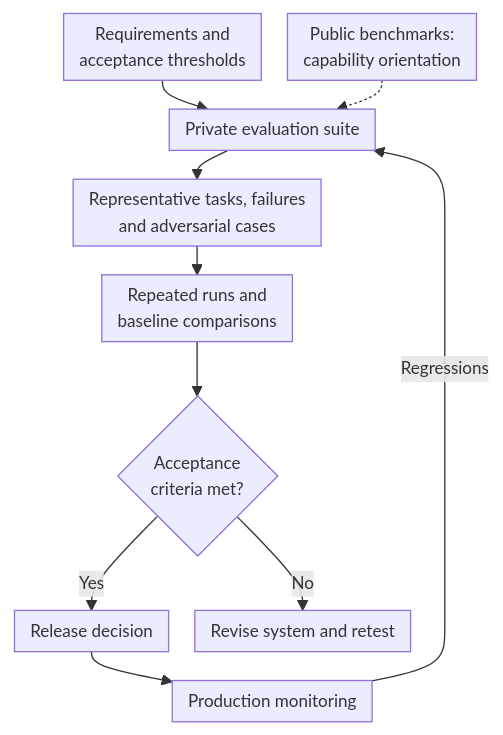
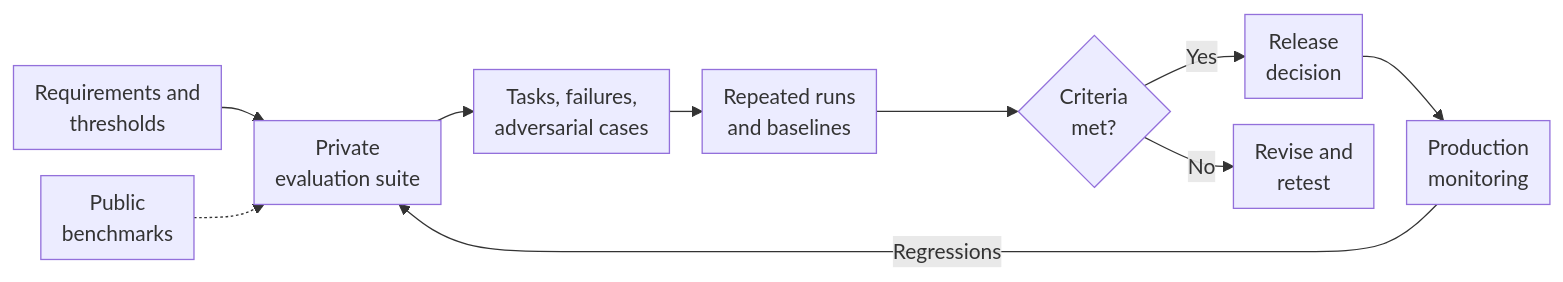
Before and after one commit to raoulbia-ai/agentic-ai-engineering-framework: the diagram in skill/references/04-evaluate.md, drawn with Mermaid. The commit also changed 4 other files, not shown here.

Commit message:
Compact flowcharts: left-to-right layout, short labels, tighter spacing

````diff
--- a/skill/references/04-evaluate.md
+++ b/skill/references/04-evaluate.md
@@ -24,13 +24,13 @@
 ```mermaid
-%%{init: {"flowchart": {"nodeSpacing": 20, "rankSpacing": 22, "padding": 6, "wrappingWidth": 260}, "themeVariables": {"fontSize": "13px"}}}%%
-flowchart TD
-    A[Requirements and<br/>acceptance thresholds] --> B[Private evaluation suite]
-    C[Public benchmarks:<br/>capability orientation] -.-> B
-    B --> D[Representative tasks, failures<br/>and adversarial cases]
-    D --> E[Repeated runs and<br/>baseline comparisons]
-    E --> F{Acceptance<br/>criteria met?}
-    F -->|Yes| G[Release decision]
-    F -->|No| H[Revise system and retest]
-    G --> I[Production monitoring]
+%%{init: {"flowchart": {"nodeSpacing": 20, "rankSpacing": 25, "padding": 8}}}%%
+flowchart LR
+    A[Requirements and<br/>thresholds] --> B[Private<br/>evaluation suite]
+    C[Public<br/>benchmarks] -.-> B
+    B --> D[Tasks, failures,<br/>adversarial cases]
+    D --> E[Repeated runs<br/>and baselines]
+    E --> F{Criteria<br/>met?}
+    F -->|Yes| G[Release<br/>decision]
+    F -->|No| H[Revise and<br/>retest]
+    G --> I[Production<br/>monitoring]
     I -->|Regressions| B
 ```
````
